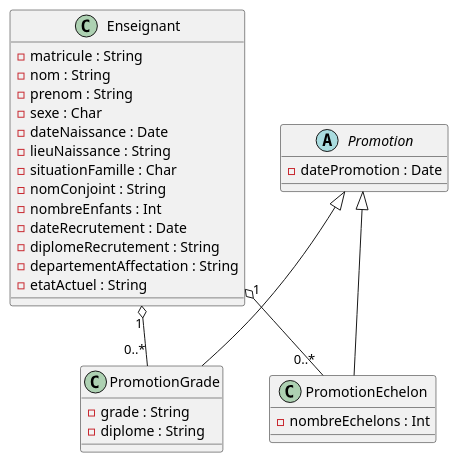
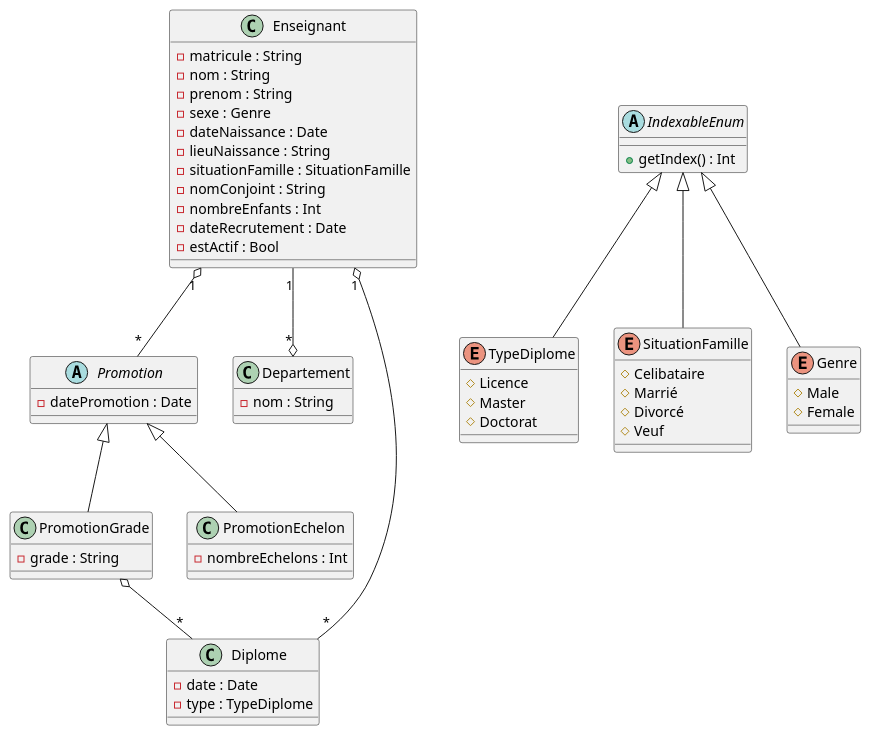
Before and after one commit to Napi55/PlantUml: the diagram in App1/DCL.wsd, drawn with PlantUML. The commit also changed 8 other files, not shown here.

```diff
--- a/App1/DCL.wsd
+++ b/App1/DCL.wsd
@@ -1,35 +1,67 @@
-@startuml EnseignantPromotion
+@startuml DCL1
 
 class Enseignant {
     - matricule : String
     - nom : String
     - prenom : String
-    - sexe : Char
+    - sexe : Genre
     - dateNaissance : Date
     - lieuNaissance : String
-    - situationFamille : Char
+    - situationFamille : SituationFamille
     - nomConjoint : String
     - nombreEnfants : Int
     - dateRecrutement : Date
-    - diplomeRecrutement : String
-    - departementAffectation : String
-    - etatActuel : String
+    - estActif : Bool
 }
 
 abstract class Promotion {
     - datePromotion : Date
 }
 
+abstract IndexableEnum {
+    + getIndex() : Int
+}
+
 class PromotionGrade extends Promotion {
     - grade : String
-    - diplome : String
 }
 
 class PromotionEchelon extends Promotion {
     - nombreEchelons : Int
 }
 
-Enseignant "1" o-- "0..*" PromotionGrade
-Enseignant "1" o-- "0..*" PromotionEchelon
+class Departement {
+    - nom : String
+}
+
+class Diplome {
+    - date : Date
+    - type : TypeDiplome
+}
+
+enum TypeDiplome extends IndexableEnum {
+    # Licence
+    # Master
+    # Doctorat
+}
+
+enum SituationFamille extends IndexableEnum {
+    # Celibataire
+    # Marrié
+    # Divorcé
+    # Veuf
+}
+
+enum Genre extends IndexableEnum {
+    # Male
+    # Female
+}
+
+'ASSOCIATIONS
+Enseignant "1" o-- "*" Promotion
+Enseignant "1" o-- "*" Diplome
+Enseignant "1" --o "*" Departement
+
+PromotionGrade o-- "*" Diplome
 
 @enduml
```
